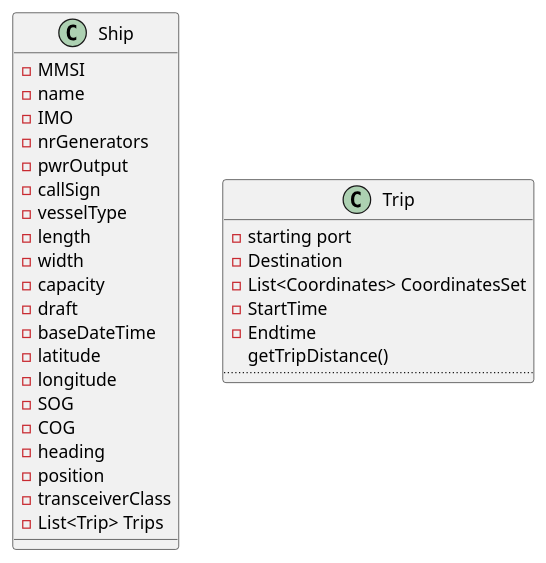
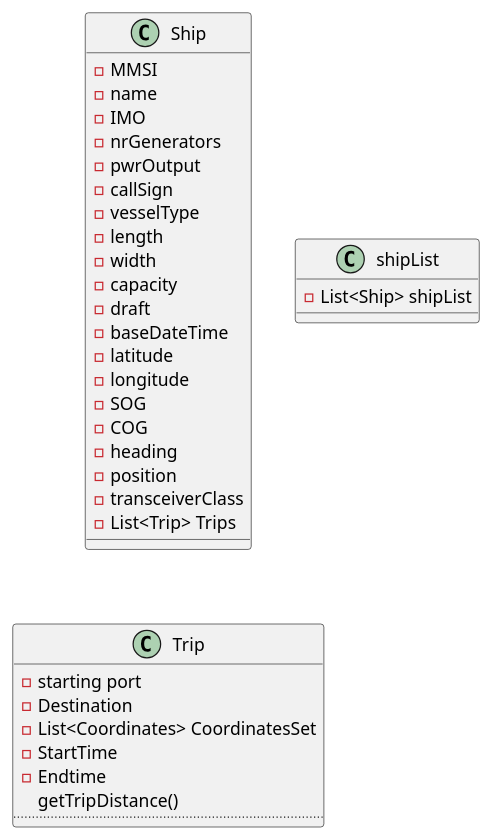
Before and after one commit to mpoboas/lapr3-2021-g102: the diagram in docs/Sprint1/US106/CD.puml, drawn with PlantUML. The commit also changed 3 other files, not shown here.

```diff
--- a/docs/Sprint1/US106/CD.puml
+++ b/docs/Sprint1/US106/CD.puml
@@ -1,34 +1,38 @@
 @startuml
 class Ship {
 -MMSI
 -name
 -IMO
 -nrGenerators
 -pwrOutput
 -callSign
 -vesselType
 -length
 -width
 -capacity
 -draft
 -baseDateTime
 -latitude
 -longitude
 -SOG
 -COG
 -heading
 -position
 -transceiverClass
 -List<Trip> Trips
 }
+class shipList{
+-List<Ship> shipList
+}
+
 
 class Trip{
 -starting port
 -Destination
 -List<Coordinates> CoordinatesSet
 -StartTime
 -Endtime
 getTripDistance()
 ....
 }
 @enduml
```
